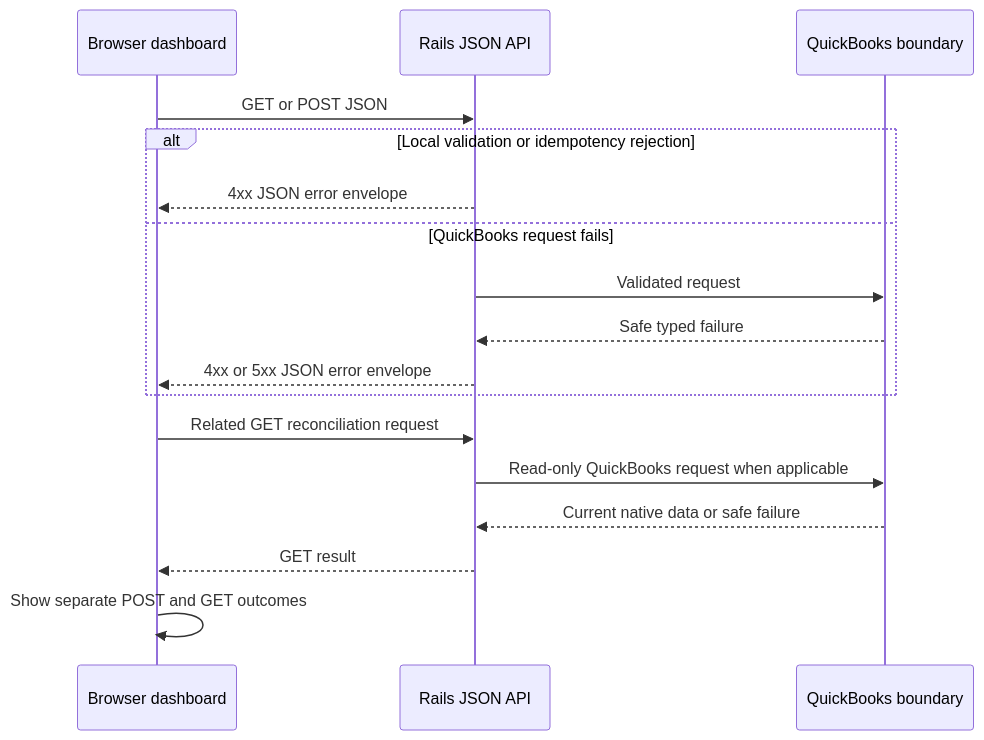
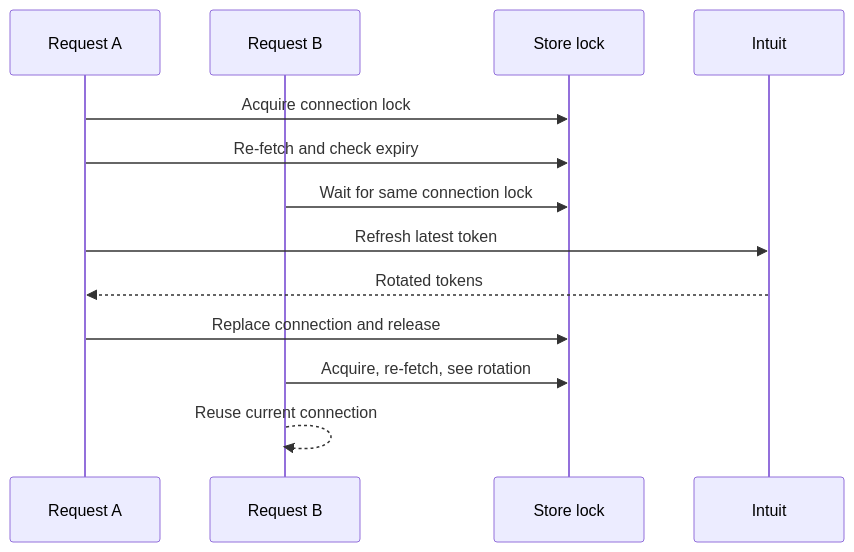
One commit to nakshatrasinghh/qbo-finance-bridge changed the fourth of 4 diagrams in docs/data_flow.md. Above: the diagram before and after it, drawn with Mermaid. The commit also changed other lines of this file and 126 other files, not shown here.

````diff
--- a/docs/data_flow.md
+++ b/docs/data_flow.md
@@ -300,19 +93,16 @@
 ```mermaid
 sequenceDiagram
-  participant B as Browser dashboard
-  participant A as Rails JSON API
-  participant Q as QuickBooks boundary
-  B->>A: GET or POST JSON
-  alt Local validation or idempotency rejection
-    A-->>B: 4xx JSON error envelope
-  else QuickBooks request fails
-    A->>Q: Validated request
-    Q-->>A: Safe typed failure
-    A-->>B: 4xx or 5xx JSON error envelope
-  end
-  B->>A: Related GET reconciliation request
-  A->>Q: Read-only QuickBooks request when applicable
-  Q-->>A: Current native data or safe failure
-  A-->>B: GET result
-  B->>B: Show separate POST and GET outcomes
+  participant A as Request A
+  participant B as Request B
+  participant M as Store lock
+  participant I as Intuit
+
+  A->>M: Acquire connection lock
+  A->>M: Re-fetch and check expiry
+  B->>M: Wait for same connection lock
+  A->>I: Refresh latest token
+  I-->>A: Rotated tokens
+  A->>M: Replace connection and release
+  B->>M: Acquire, re-fetch, see rotation
+  B-->>B: Reuse current connection
 ```
````
